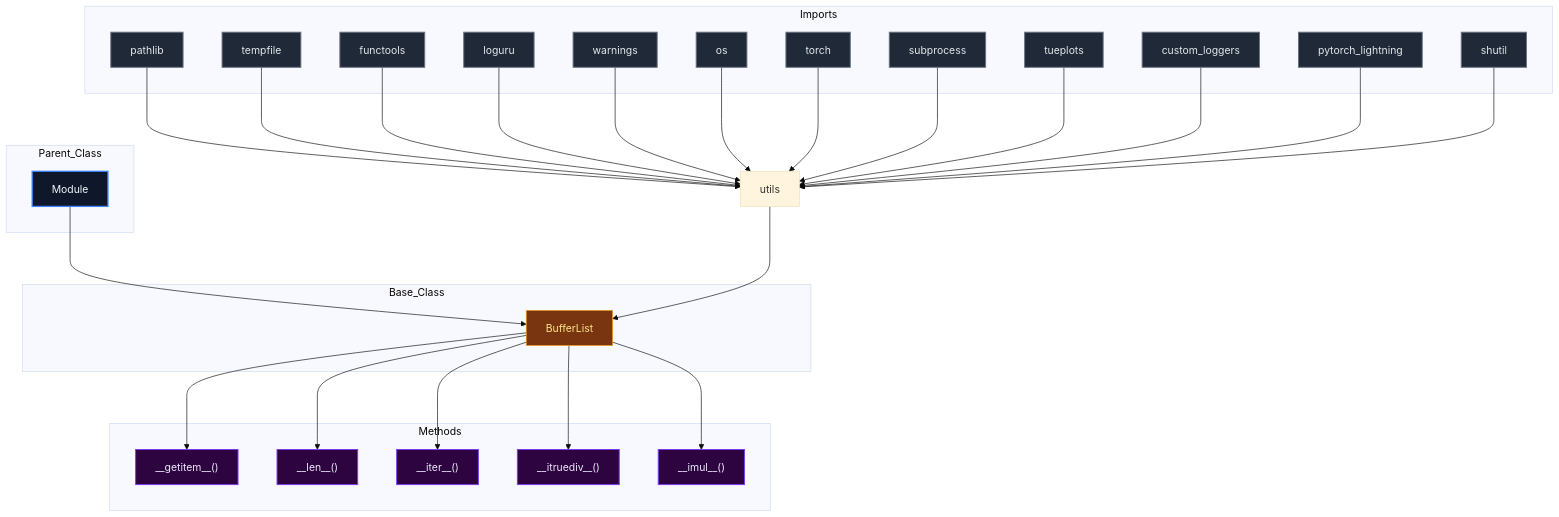
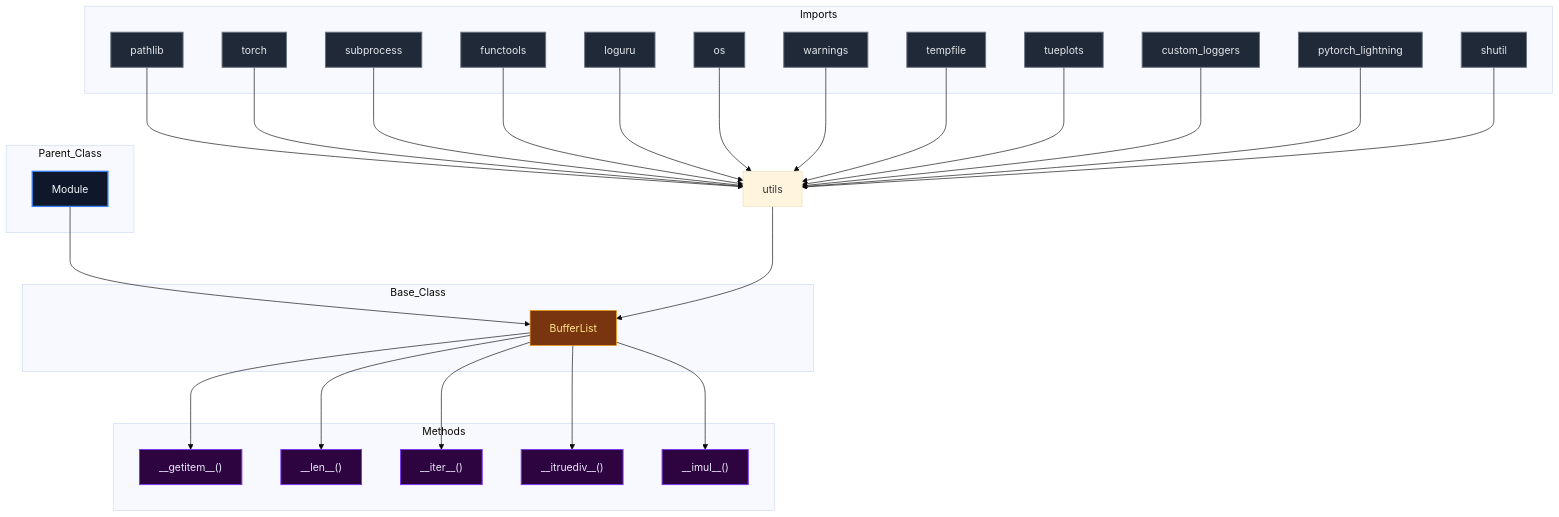
The diagram in docs/diagrams/utils_diagram.md (mllam/neural-lam), drawn with Mermaid (base theme) before and after one commit. The commit also changed 19 other files, not shown here.

Commit message:
Auto-update Mermaid diagrams

````diff
--- a/docs/diagrams/utils_diagram.md
+++ b/docs/diagrams/utils_diagram.md
@@ -1,70 +1,70 @@
 ```mermaid
 %%{init: {'flowchart': {'nodeSpacing': 60, 'rankSpacing': 80}}}%%
 flowchart TD
 
 module["utils"]
 
 subgraph Parent_Class
     Module["Module"]
 end
 
 subgraph Base_Class
     BufferList["BufferList"]
 end
 
     Module --> BufferList
 
 subgraph Imports
     pathlib["pathlib"]
-    tempfile["tempfile"]
+    torch["torch"]
+    subprocess["subprocess"]
     functools["functools"]
     loguru["loguru"]
+    os["os"]
     warnings["warnings"]
-    os["os"]
-    torch["torch"]
-    subprocess["subprocess"]
+    tempfile["tempfile"]
     tueplots["tueplots"]
     custom_loggers["custom_loggers"]
     pytorch_lightning["pytorch_lightning"]
     shutil["shutil"]
 end
 
     pathlib --> module
-    tempfile --> module
+    torch --> module
+    subprocess --> module
     functools --> module
     loguru --> module
+    os --> module
     warnings --> module
-    os --> module
-    torch --> module
-    subprocess --> module
+    tempfile --> module
     tueplots --> module
     custom_loggers --> module
     pytorch_lightning --> module
     shutil --> module
     module --> BufferList
 
 subgraph Methods
     BufferList___getitem__["__getitem__()"]
     BufferList___len__["__len__()"]
     BufferList___iter__["__iter__()"]
     BufferList___itruediv__["__itruediv__()"]
     BufferList___imul__["__imul__()"]
 end
 
     BufferList --> BufferList___getitem__
     BufferList --> BufferList___len__
     BufferList --> BufferList___iter__
     BufferList --> BufferList___itruediv__
     BufferList --> BufferList___imul__
 
 classDef parent fill:#0f172a,stroke:#3b82f6,stroke-width:2px,color:#f1f5f9,font-size:16px
 classDef base fill:#78350f,stroke:#f59e0b,stroke-width:1px,color:#fde68a,font-size:16px
 classDef import fill:#1f2937,stroke:#6b7280,stroke-width:1.5px,color:#e5e7eb,font-size:16px
 classDef method fill:#2d043f,stroke:#7c3aed,stroke-width:1.5px,color:#ede9fe,font-size:16px
 classDef callNode fill:#064e3b,stroke:#10b981,stroke-width:1.5px,color:#d1fae5,font-size:16px
 class Module parent
 class BufferList base
-class pathlib,tempfile,functools,loguru,warnings,os,torch,subprocess,tueplots,custom_loggers,pytorch_lightning,shutil import
+class pathlib,torch,subprocess,functools,loguru,os,warnings,tempfile,tueplots,custom_loggers,pytorch_lightning,shutil import
 class BufferList___getitem__,BufferList___len__,BufferList___iter__,BufferList___itruediv__,BufferList___imul__ method
 
 ```
````
